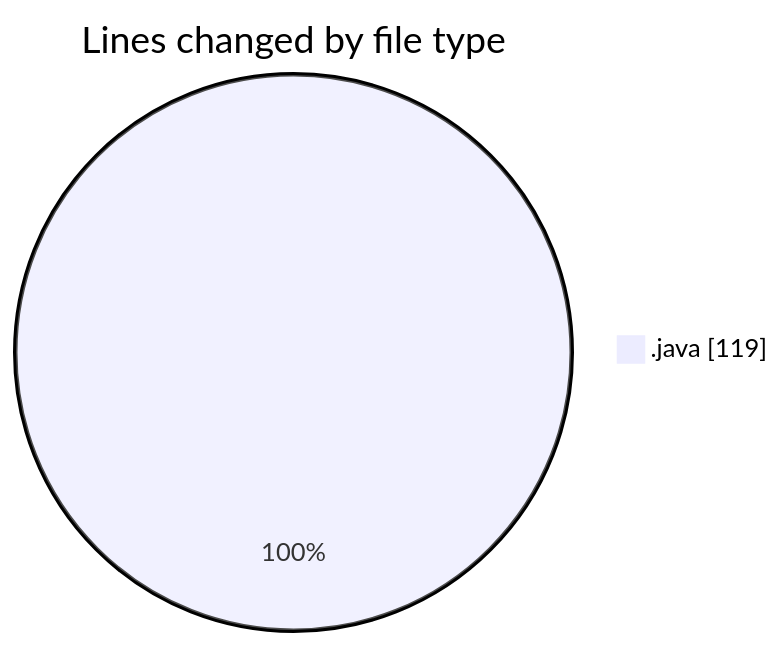
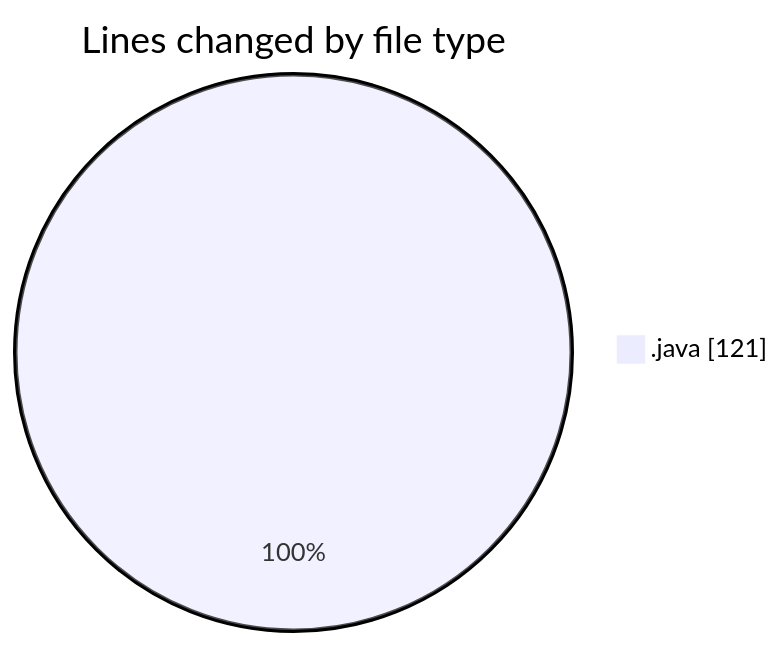
One commit to NitaiMahat/code-tracking changed the first of 2 diagrams in 2025-03-25/startfiles/README.md. Above: the diagram before and after it, drawn with Mermaid. The commit also changed other lines of this file and 1 other file, not shown here.

````diff
--- a/2025-03-25/startfiles/README.md
+++ b/2025-03-25/startfiles/README.md
@@ -20,5 +20,5 @@
 ```mermaid
 pie showData
 title Lines changed by file type
-".java" : 119
+".java" : 121
 ```
````
